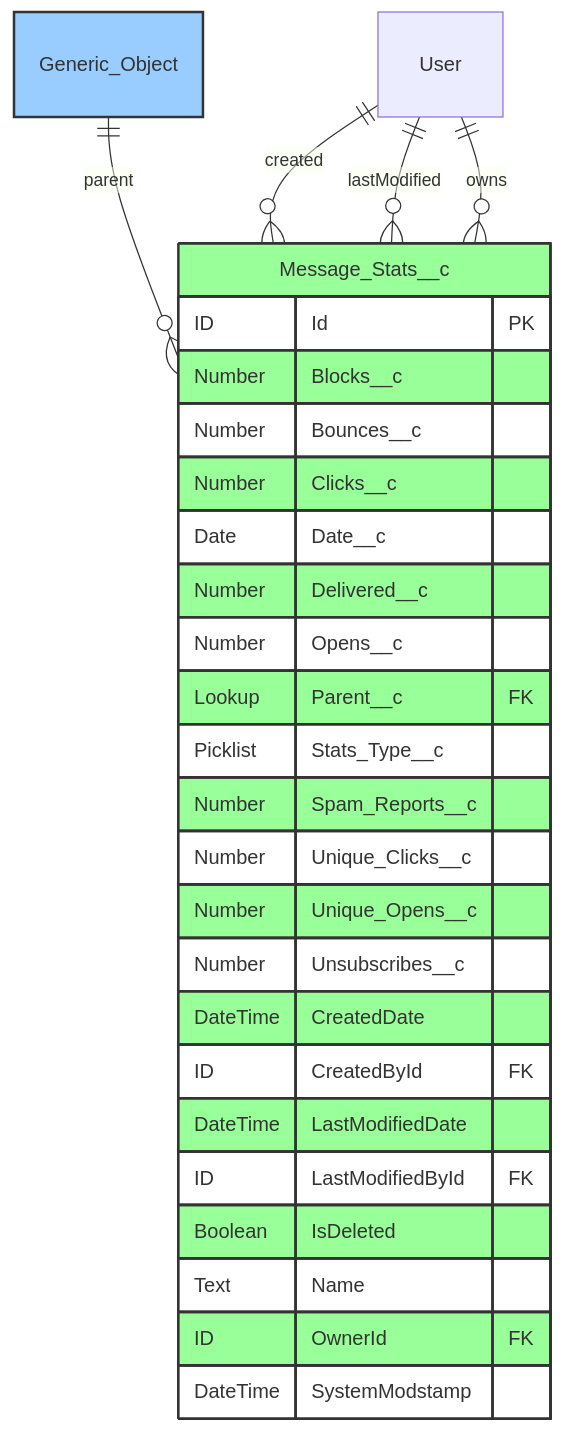
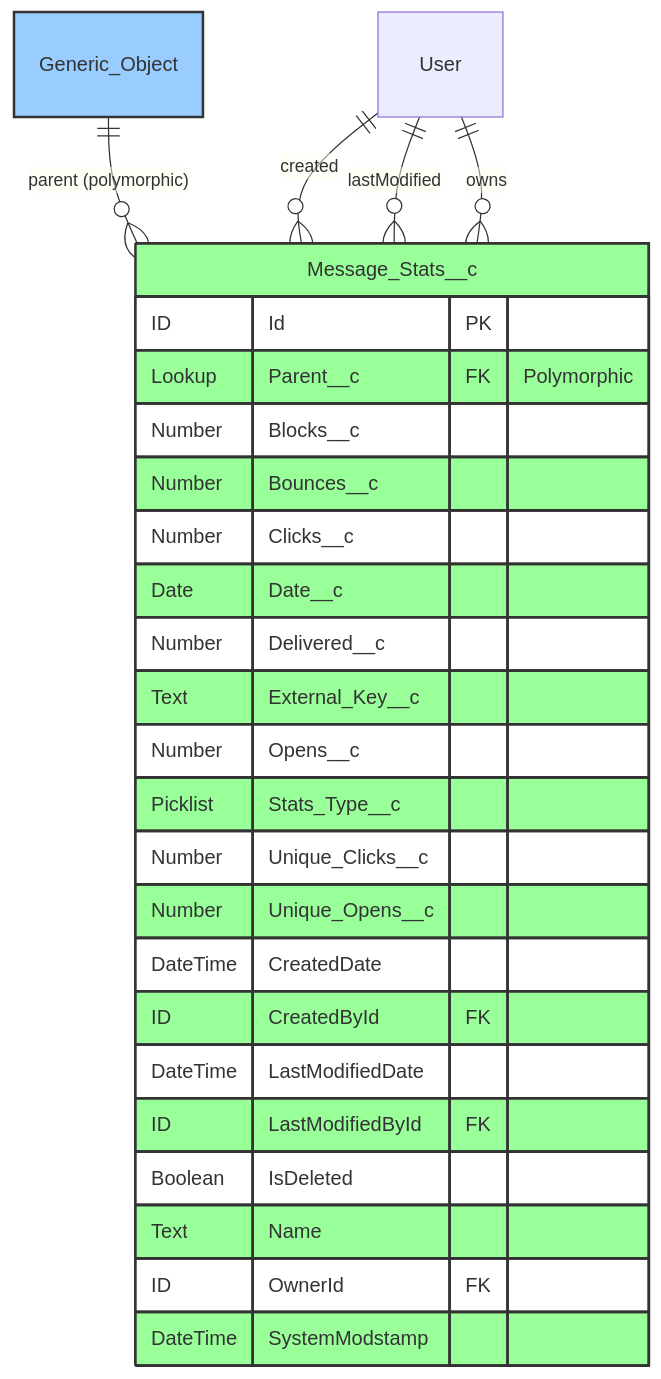
One commit to asymblinc/ProductDocumentations changed the third of 6 diagrams in ATS/ERD_Missing_Objects_Complete.md. Above: the diagram before and after it, drawn with Mermaid. The commit also changed other lines of this file and 12 other files, not shown here.

````diff
--- a/ATS/ERD_Missing_Objects_Complete.md
+++ b/ATS/ERD_Missing_Objects_Complete.md
@@ -84,39 +87,36 @@
 ```mermaid
 erDiagram
     Message_Stats__c {
         ID Id PK
+        Lookup Parent__c FK "Polymorphic"
         Number Blocks__c
         Number Bounces__c
         Number Clicks__c
         Date Date__c
         Number Delivered__c
+        Text External_Key__c
         Number Opens__c
-        Lookup Parent__c FK
         Picklist Stats_Type__c
-        Number Spam_Reports__c
         Number Unique_Clicks__c
         Number Unique_Opens__c
-        Number Unsubscribes__c
         DateTime CreatedDate
         ID CreatedById FK
         DateTime LastModifiedDate
         ID LastModifiedById FK
         Boolean IsDeleted
         Text Name
         ID OwnerId FK
         DateTime SystemModstamp
     }
-    
-    Generic_Object ||--o{ Message_Stats__c : "parent"
+
+    Generic_Object ||--o{ Message_Stats__c : "parent (polymorphic)"
     User ||--o{ Message_Stats__c : "created"
     User ||--o{ Message_Stats__c : "lastModified"
     User ||--o{ Message_Stats__c : "owns"
-    
-    %% Color coding
-    classDef masterDetail fill:#ff9999,stroke:#333,stroke-width:2px
+
     classDef lookup fill:#99ccff,stroke:#333,stroke-width:2px
     classDef standard fill:#99ff99,stroke:#333,stroke-width:2px
-    
+
     class Message_Stats__c standard
     class Generic_Object lookup
 ```
````
